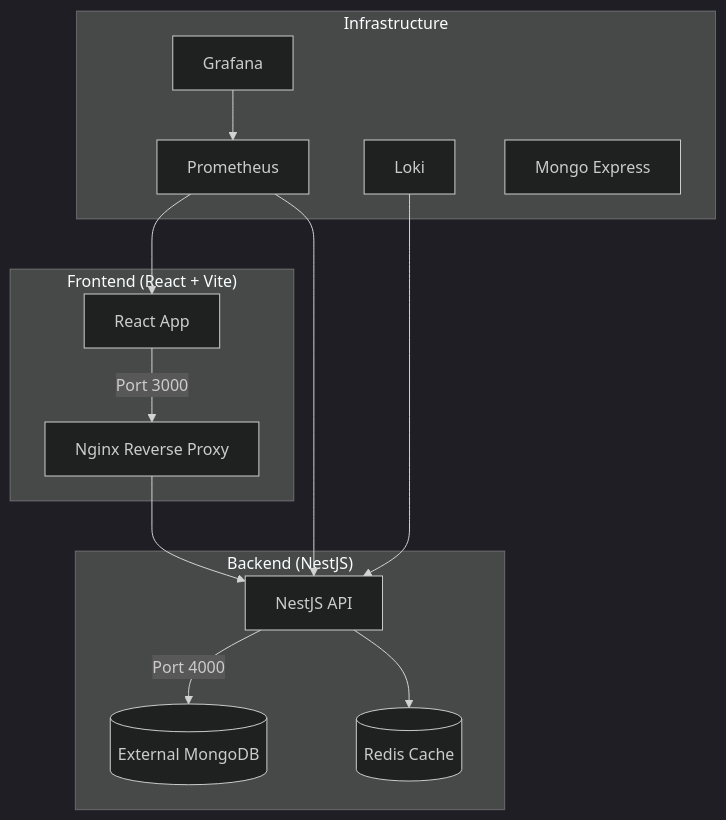
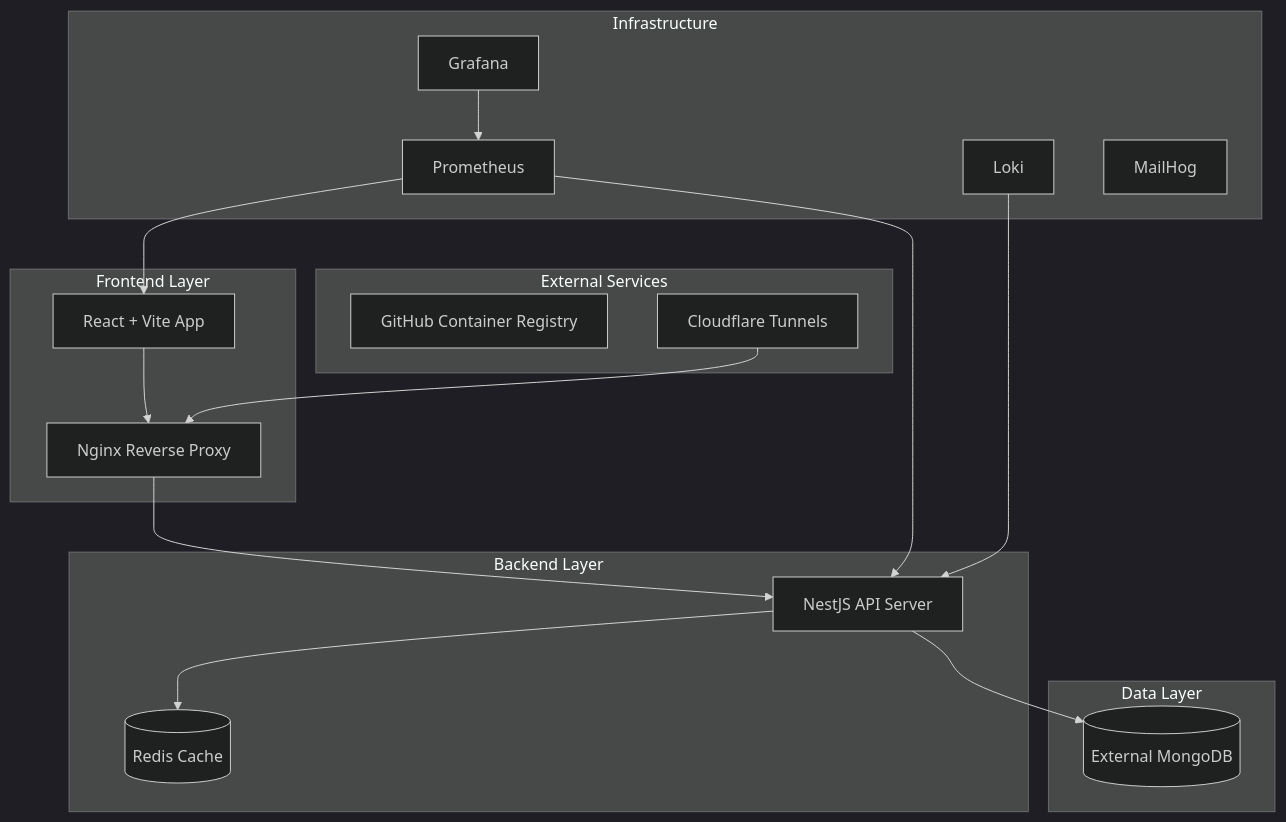
Before and after one commit to foyzulkarim/codiesvibe: the first of 2 diagrams in README.md, drawn with Mermaid (dark theme). The commit also changed other lines of this file and 6 other files, not shown here.

First line of the commit message:
ci: add comprehensive CI/CD workflows for frontend, backend, and deployment

````diff
--- a/README.md
+++ b/README.md
@@ -23,26 +17,38 @@
 ```mermaid
 graph TB
-    subgraph "Frontend (React + Vite)"
-        FE[React App]
-        FE --> |"Port 3000"| NGINX[Nginx Reverse Proxy]
+    subgraph "Frontend Layer"
+        FE[React + Vite App]
+        NGINX[Nginx Reverse Proxy]
+        FE --> NGINX
     end
     
-    subgraph "Backend (NestJS)"
-        BE[NestJS API]
-        BE --> |"Port 4000"| DB[(External MongoDB)]
-        BE --> REDIS[(Redis Cache)]
+    subgraph "Backend Layer"
+        API[NestJS API Server]
+        REDIS[(Redis Cache)]
+        API --> REDIS
+    end
+    
+    subgraph "Data Layer"
+        DB[(External MongoDB)]
+        API --> DB
     end
     
     subgraph "Infrastructure"
         PROM[Prometheus]
         GRAF[Grafana]
         LOKI[Loki]
-        MONGO[Mongo Express]
+        MAIL[MailHog]
     end
     
-    NGINX --> BE
-    PROM --> BE
+    subgraph "External Services"
+        GHCR[GitHub Container Registry]
+        CF[Cloudflare Tunnels]
+    end
+    
+    NGINX --> API
+    PROM --> API
     PROM --> FE
     GRAF --> PROM
-    LOKI --> BE
+    LOKI --> API
+    CF --> NGINX
 ```
````
